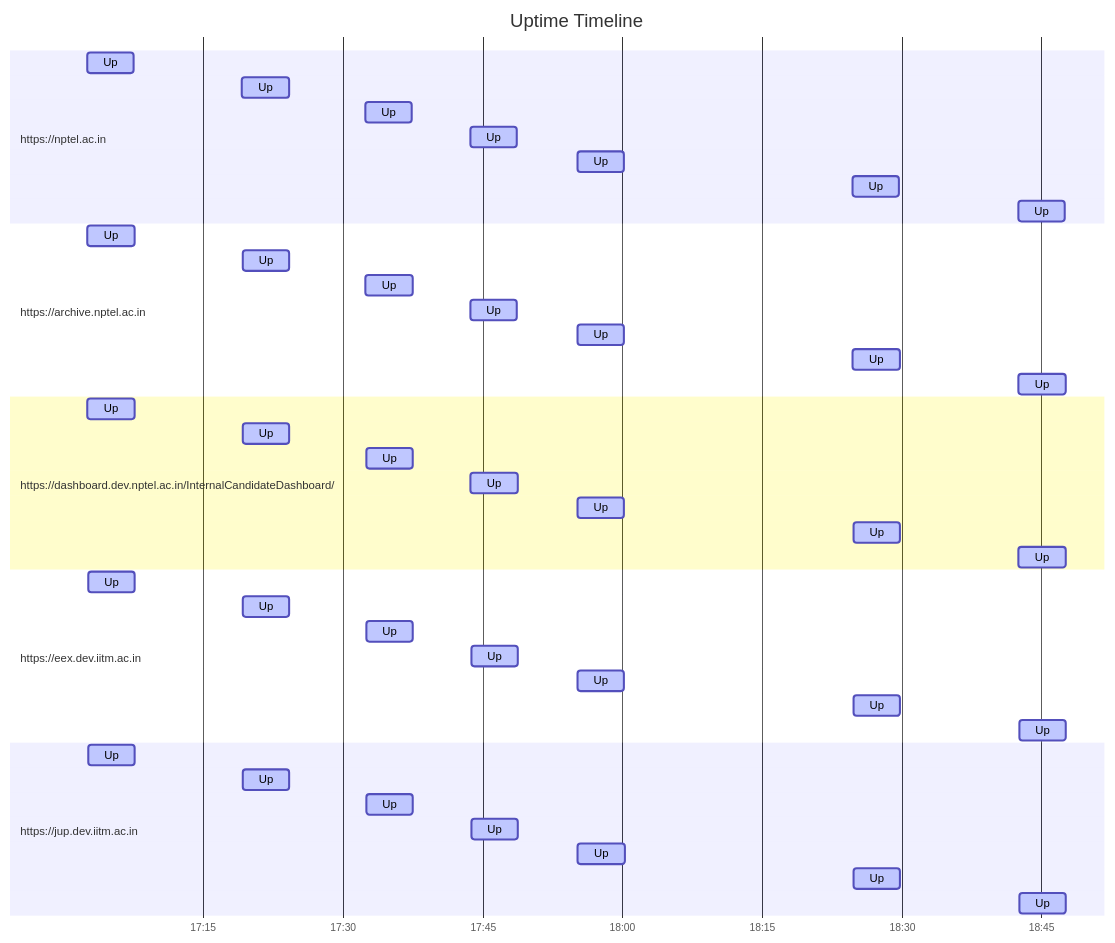
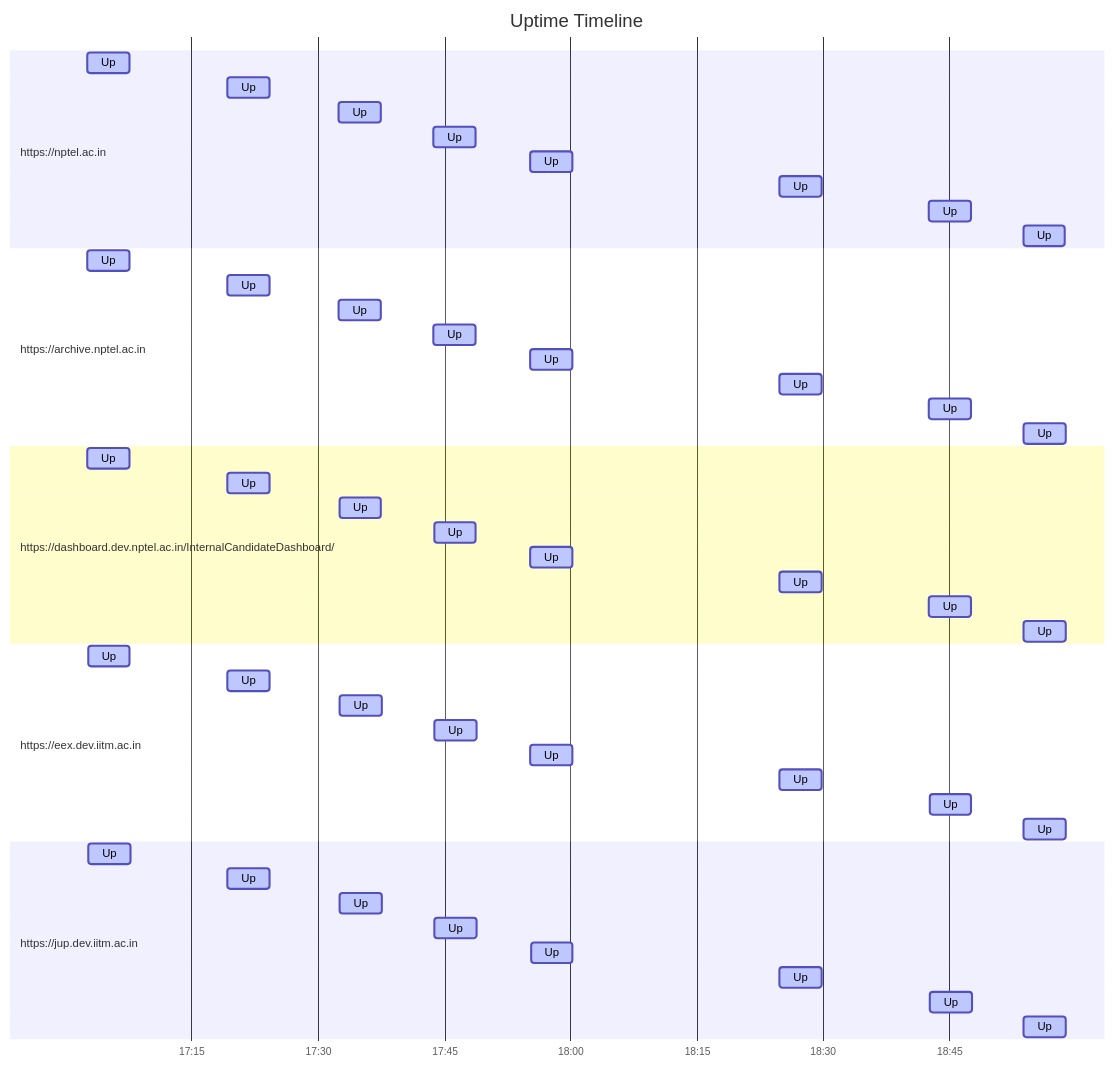
Before and after one commit to nchandra75/monitor: the diagram in results.md, drawn with Mermaid. The commit also changed other lines of this file and 1 other file, not shown here.

````diff
--- a/results.md
+++ b/results.md
@@ -21,46 +21,51 @@
 ```mermaid
 gantt
     title Uptime Timeline
     dateFormat YYYY-MM-DD HH:mm:ss
     axisFormat %H:%M
     section https://nptel.ac.in
         Up: active, 2024-09-13 17:02:35, 5m
         Up: active, 2024-09-13 17:19:13, 5m
         Up: active, 2024-09-13 17:32:28, 5m
         Up: active, 2024-09-13 17:43:43, 5m
         Up: active, 2024-09-13 17:55:11, 5m
         Up: active, 2024-09-13 18:24:46, 5m
         Up: active, 2024-09-13 18:42:34, 5m
+        Up: active, 2024-09-13 18:53:45, 5m
     section https://archive.nptel.ac.in
         Up: active, 2024-09-13 17:02:37, 5m
         Up: active, 2024-09-13 17:19:15, 5m
         Up: active, 2024-09-13 17:32:29, 5m
         Up: active, 2024-09-13 17:43:45, 5m
         Up: active, 2024-09-13 17:55:13, 5m
         Up: active, 2024-09-13 18:24:47, 5m
         Up: active, 2024-09-13 18:42:35, 5m
+        Up: active, 2024-09-13 18:53:46, 5m
     section https://dashboard.dev.nptel.ac.in/InternalCandidateDashboard/
         Up: active, 2024-09-13 17:02:38, 5m
         Up: active, 2024-09-13 17:19:15, 5m
         Up: active, 2024-09-13 17:32:30, 5m
         Up: active, 2024-09-13 17:43:46, 5m
         Up: active, 2024-09-13 17:55:13, 5m
         Up: active, 2024-09-13 18:24:48, 5m
         Up: active, 2024-09-13 18:42:36, 5m
+        Up: active, 2024-09-13 18:53:47, 5m
     section https://eex.dev.iitm.ac.in
         Up: active, 2024-09-13 17:02:39, 5m
         Up: active, 2024-09-13 17:19:16, 5m
         Up: active, 2024-09-13 17:32:31, 5m
         Up: active, 2024-09-13 17:43:47, 5m
         Up: active, 2024-09-13 17:55:15, 5m
         Up: active, 2024-09-13 18:24:50, 5m
         Up: active, 2024-09-13 18:42:37, 5m
+        Up: active, 2024-09-13 18:53:48, 5m
     section https://jup.dev.iitm.ac.in
         Up: active, 2024-09-13 17:02:40, 5m
         Up: active, 2024-09-13 17:19:17, 5m
         Up: active, 2024-09-13 17:32:32, 5m
         Up: active, 2024-09-13 17:43:48, 5m
         Up: active, 2024-09-13 17:55:16, 5m
         Up: active, 2024-09-13 18:24:51, 5m
         Up: active, 2024-09-13 18:42:38, 5m
+        Up: active, 2024-09-13 18:53:49, 5m
 ```
````
